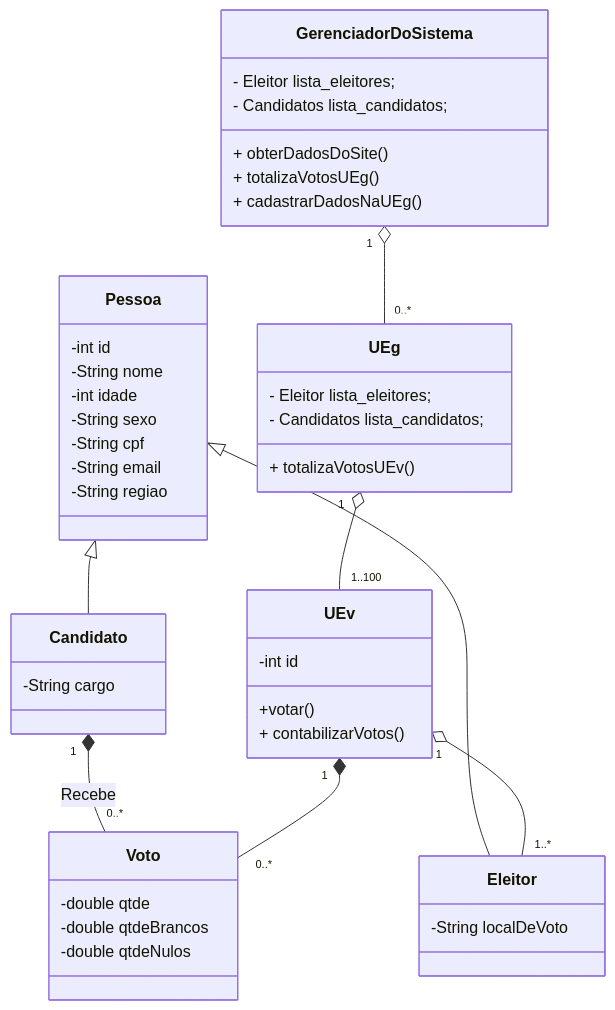
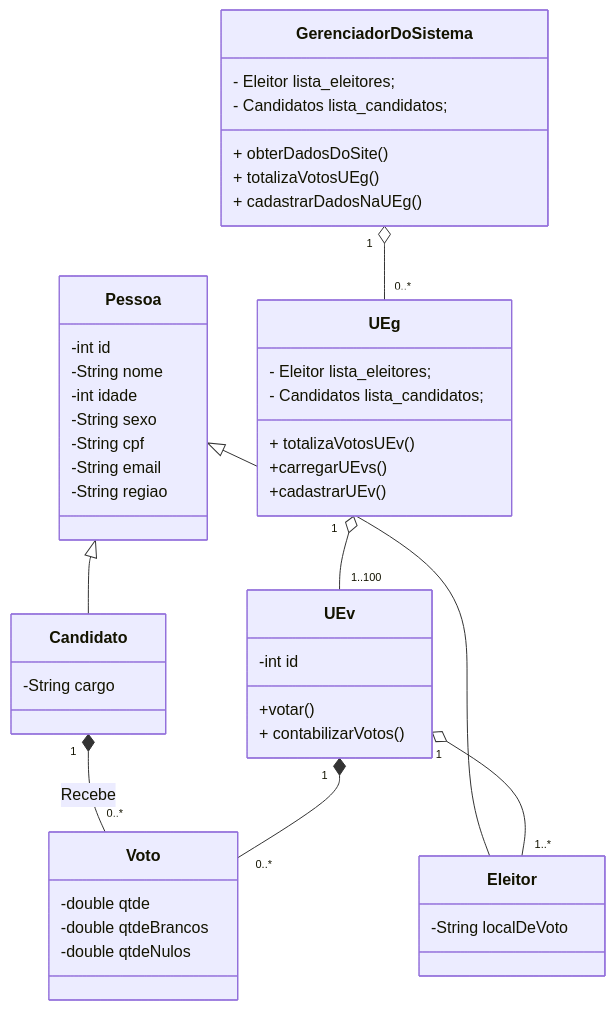
Before and after one commit to HenriqueFinatti/Modelagem-De-Software-Orientado-a-Objetos: the diagram in Lab2-Diagrama_De_Classes/Diagrama_De_Classes2.md, drawn with Mermaid.

````diff
--- a/Lab2-Diagrama_De_Classes/Diagrama_De_Classes2.md
+++ b/Lab2-Diagrama_De_Classes/Diagrama_De_Classes2.md
@@ -3,53 +3,55 @@
 ```mermaid
 classDiagram
 Pessoa <|-- Eleitor
 Pessoa <|-- Candidato
 Pessoa: -int id
 Pessoa: -String nome
 Pessoa: -int idade
 Pessoa: -String sexo
 Pessoa: -String cpf
 Pessoa: -String email
 Pessoa: -String regiao
 
 Eleitor: -String localDeVoto
 
 class Candidato{
   -String cargo
 }
 
 class UEg{
     - Eleitor lista_eleitores;
     - Candidatos lista_candidatos;
     + totalizaVotosUEv()
+    +carregarUEvs()
+    +cadastrarUEv()
 }
 
 class UEv{
   -int id
   +votar()
   + contabilizarVotos()
 }
 
 class GerenciadorDoSistema{
     - Eleitor lista_eleitores;
     - Candidatos lista_candidatos;
     + obterDadosDoSite()
     + totalizaVotosUEg()
     + cadastrarDadosNaUEg()
 }
 
 class Voto{
   -double qtde
   -double qtdeBrancos
   -double qtdeNulos
 }
 
 GerenciadorDoSistema "1" o-- "0..*" UEg
 Candidato "1" *-- "0..*" Voto : Recebe
 UEg "1" o-- "1..100" UEv
 UEv "1" *-- "0..*" Voto
 UEv "1" o-- "1..*" Eleitor
 
 
 
 ```
````
